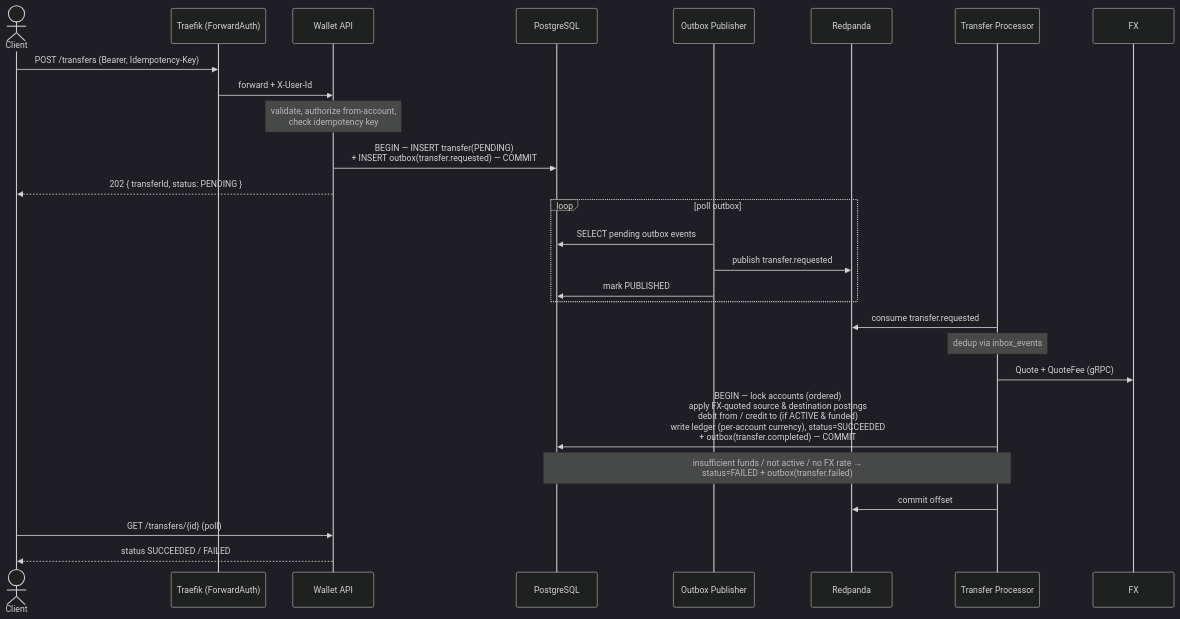
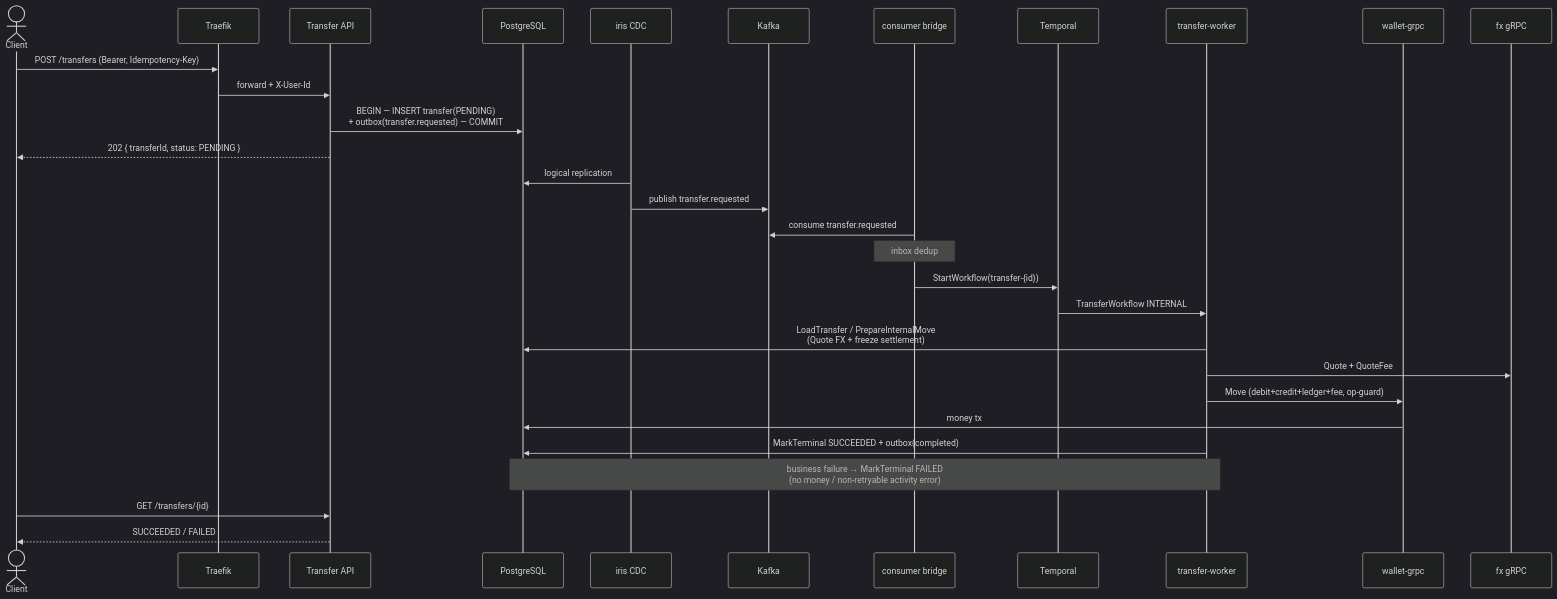
One commit to Phathdt/transx changed the second of 5 diagrams in README.md. Above: the diagram before and after it, drawn with Mermaid (dark theme). The commit also changed other lines of this file and 111 other files, not shown here.

First line of the commit message:
feat(transfer): Temporal saga transfer orchestration (#12)

````diff
--- a/README.md
+++ b/README.md
@@ -344,32 +338,35 @@
 ```mermaid
 sequenceDiagram
     actor C as Client
-    participant GW as Traefik (ForwardAuth)
-    participant API as Wallet API
+    participant GW as Traefik
+    participant API as Transfer API
     participant DB as PostgreSQL
-    participant PUB as Outbox Publisher
-    participant RP as Redpanda
-    participant PR as Transfer Processor
+    participant IRIS as iris CDC
+    participant K as Kafka
+    participant BR as consumer bridge
+    participant T as Temporal
+    participant W as transfer-worker
+    participant WG as wallet-grpc
+    participant FX as fx gRPC
 
     C->>GW: POST /transfers (Bearer, Idempotency-Key)
     GW->>API: forward + X-User-Id
-    Note over API: validate, authorize from-account,<br/>check idempotency key
-    API->>DB: BEGIN — INSERT transfer(PENDING)<br/>+ INSERT outbox(transfer.requested) — COMMIT
+    API->>DB: BEGIN — INSERT transfer(PENDING)<br/>+ outbox(transfer.requested) — COMMIT
     API-->>C: 202 { transferId, status: PENDING }
 
-    loop poll outbox
-        PUB->>DB: SELECT pending outbox events
-        PUB->>RP: publish transfer.requested
-        PUB->>DB: mark PUBLISHED
-    end
+    IRIS->>DB: logical replication
+    IRIS->>K: publish transfer.requested
+    BR->>K: consume transfer.requested
+    Note over BR: inbox dedup
+    BR->>T: StartWorkflow(transfer-{id})
+    T->>W: TransferWorkflow INTERNAL
+    W->>DB: LoadTransfer / PrepareInternalMove<br/>(Quote FX + freeze settlement)
+    W->>FX: Quote + QuoteFee
+    W->>WG: Move (debit+credit+ledger+fee, op-guard)
+    WG->>DB: money tx
+    W->>DB: MarkTerminal SUCCEEDED + outbox(completed)
+    Note over W,DB: business failure → MarkTerminal FAILED<br/>(no money / non-retryable activity error)
 
-    PR->>RP: consume transfer.requested
-    Note over PR: dedup via inbox_events
-    PR->>FX: Quote + QuoteFee (gRPC)
-    PR->>DB: BEGIN — lock accounts (ordered)<br/>apply FX-quoted source & destination postings<br/>debit from / credit to (if ACTIVE & funded)<br/>write ledger (per-account currency), status=SUCCEEDED<br/>+ outbox(transfer.completed) — COMMIT
-    Note over PR,DB: insufficient funds / not active / no FX rate →<br/>status=FAILED + outbox(transfer.failed)
-    PR->>RP: commit offset
-
-    C->>API: GET /transfers/{id} (poll)
-    API-->>C: status SUCCEEDED / FAILED
+    C->>API: GET /transfers/{id}
+    API-->>C: SUCCEEDED / FAILED
 ```
````
